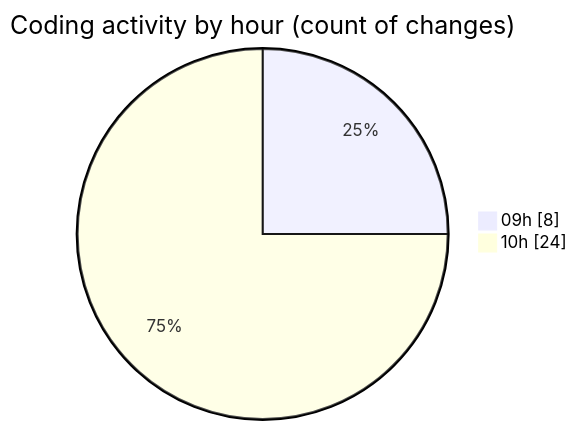
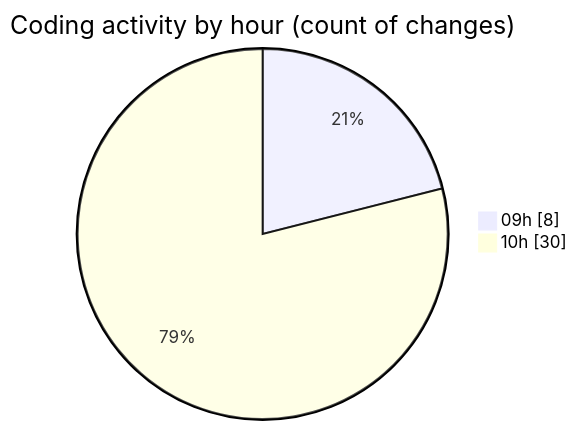
One commit to CELIANVF/code-tracking changed the second of 2 diagrams in 2025-06-03/ecodeli-1/README.md. Above: the diagram before and after it, drawn with Mermaid. The commit also changed other lines of this file and 1 other file, not shown here.

````diff
--- a/2025-06-03/ecodeli-1/README.md
+++ b/2025-06-03/ecodeli-1/README.md
@@ -48,6 +51,6 @@
 ```mermaid
 pie showData
 title Coding activity by hour (count of changes)
 "09h" : 8
-"10h" : 24
+"10h" : 30
 ```
````
